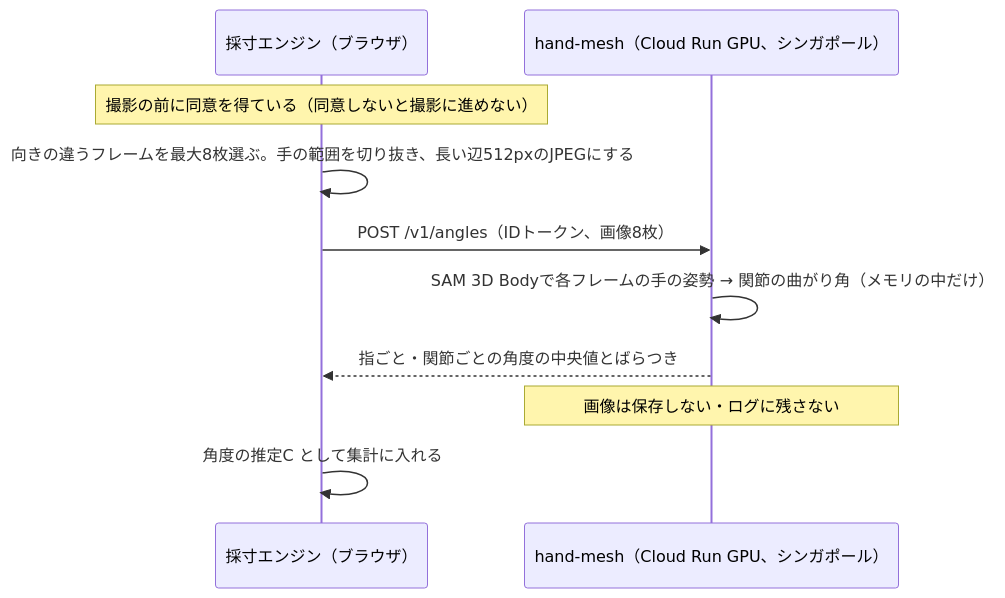
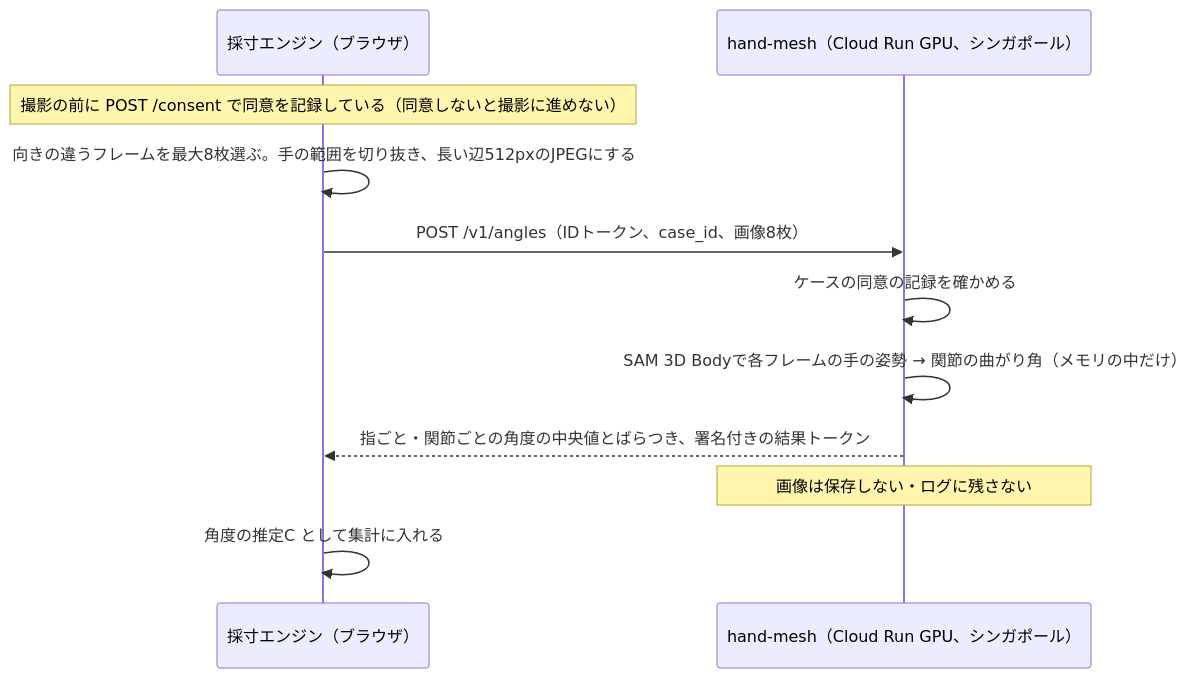
One commit to Devfest-Hackathon-2026/df-2026-t101 changed the second of 2 diagrams in docs/measurement.md. Above: the diagram before and after it, drawn with Mermaid. The commit also changed other lines of this file and 16 other files, not shown here.

````diff
--- a/docs/measurement.md
+++ b/docs/measurement.md
@@ -336,12 +366,13 @@
 ```mermaid
 sequenceDiagram
   participant EN as 採寸エンジン（ブラウザ）
   participant HM as hand-mesh（Cloud Run GPU、シンガポール）
-  Note over EN: 撮影の前に同意を得ている（同意しないと撮影に進めない）
+  Note over EN: 撮影の前に POST /consent で同意を記録している（同意しないと撮影に進めない）
   EN->>EN: 向きの違うフレームを最大8枚選ぶ。手の範囲を切り抜き、長い辺512pxのJPEGにする
-  EN->>HM: POST /v1/angles（IDトークン、画像8枚）
+  EN->>HM: POST /v1/angles（IDトークン、case_id、画像8枚）
+  HM->>HM: ケースの同意の記録を確かめる
   HM->>HM: SAM 3D Bodyで各フレームの手の姿勢 → 関節の曲がり角（メモリの中だけ）
-  HM-->>EN: 指ごと・関節ごとの角度の中央値とばらつき
+  HM-->>EN: 指ごと・関節ごとの角度の中央値とばらつき、署名付きの結果トークン
   Note over HM: 画像は保存しない・ログに残さない
   EN->>EN: 角度の推定C として集計に入れる
 ```
````
